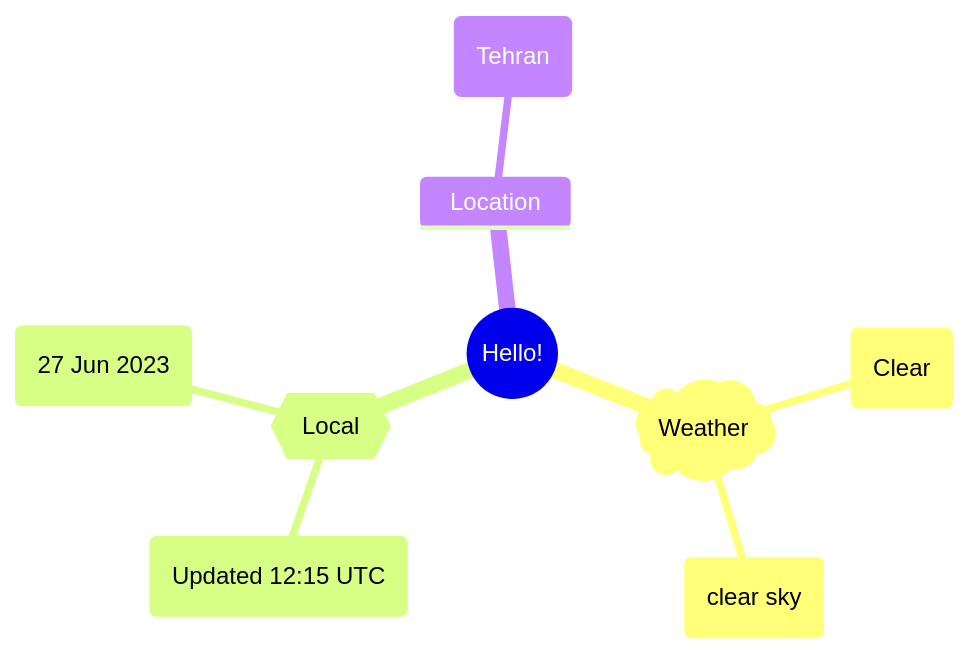
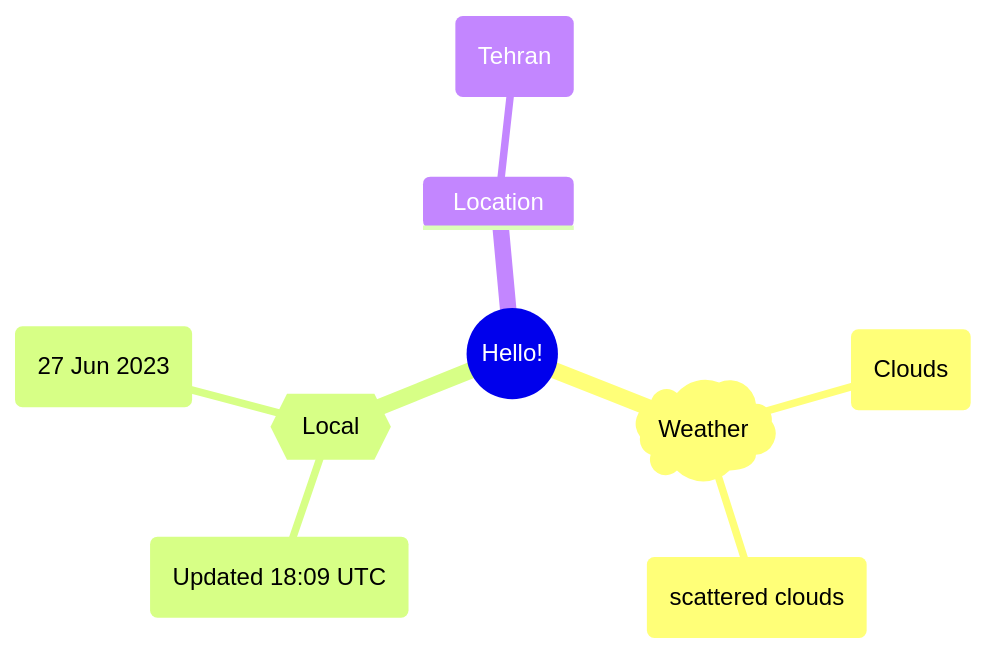
Before and after one commit to Xosrov/Xosrov: the first of 2 diagrams in README.md, drawn with Mermaid.

Commit message:
[bot] updated images

````diff
--- a/README.md
+++ b/README.md
@@ -3,12 +3,12 @@
 ```mermaid
 mindmap
   root((Hello!))
     )Weather(
-        (Clear)
-        (clear sky)
+        (Clouds)
+        (scattered clouds)
     {{Local}}
-        (Updated 12:15 UTC)
+        (Updated 18:09 UTC)
         (27 Jun 2023)
     Location
         (Tehran)
 ```
````
